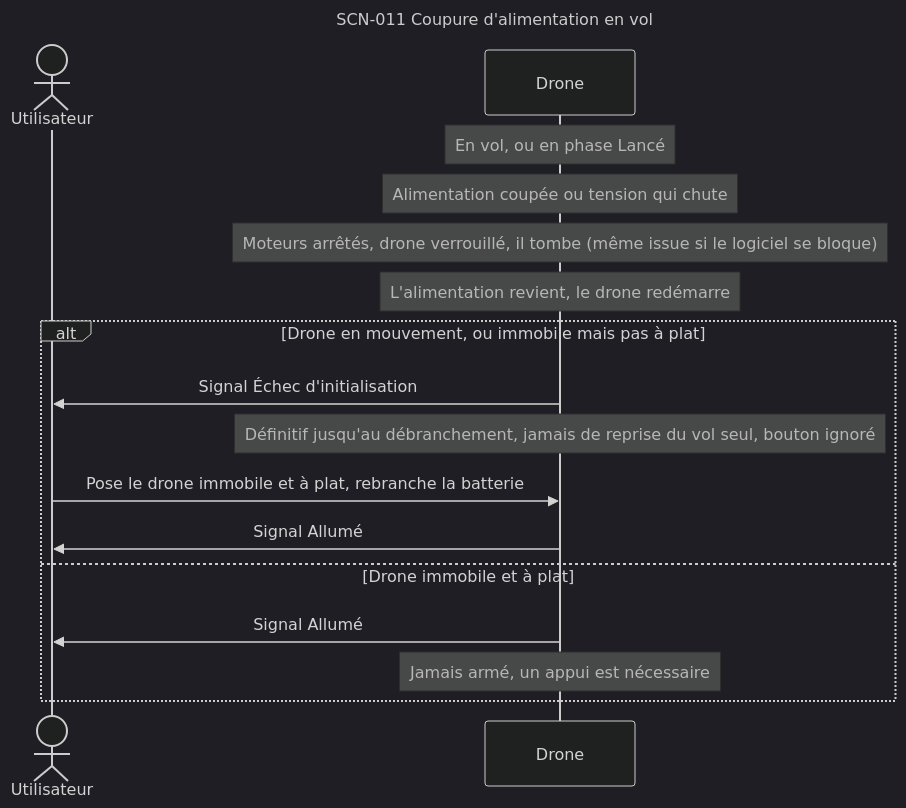
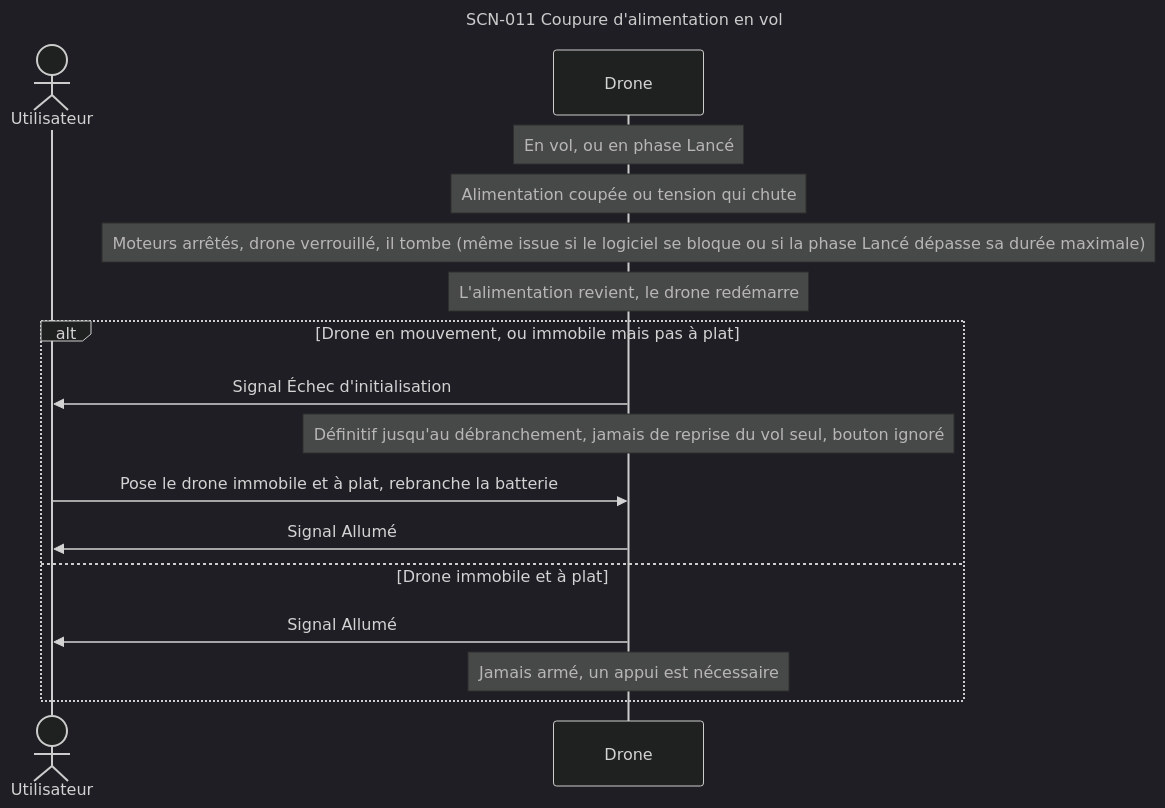
One commit to thourymatthieu-png/coworker_archi_system changed diagram 15 of 15 in projets/boomrone/00-scenarios.md. Above: the diagram before and after it, drawn with Mermaid (dark theme). The commit also changed other lines of this file and 6 other files, not shown here.

````diff
--- a/projets/boomrone/00-scenarios.md
+++ b/projets/boomrone/00-scenarios.md
@@ -747,21 +772,21 @@
 ```mermaid
 ---
 title: "SCN-011 Coupure d'alimentation en vol"
 ---
 sequenceDiagram
     actor U as Utilisateur
     participant D as Drone
     Note over D: En vol, ou en phase Lancé
     Note over D: Alimentation coupée ou tension qui chute
-    Note over D: Moteurs arrêtés, drone verrouillé, il tombe (même issue si le logiciel se bloque)
+    Note over D: Moteurs arrêtés, drone verrouillé, il tombe (même issue si le logiciel se bloque ou si la phase Lancé dépasse sa durée maximale)
     Note over D: L'alimentation revient, le drone redémarre
     alt Drone en mouvement, ou immobile mais pas à plat
         D->>U: Signal Échec d'initialisation
         Note over D: Définitif jusqu'au débranchement, jamais de reprise du vol seul, bouton ignoré
         U->>D: Pose le drone immobile et à plat, rebranche la batterie
         D->>U: Signal Allumé
     else Drone immobile et à plat
         D->>U: Signal Allumé
         Note over D: Jamais armé, un appui est nécessaire
     end
 ```
````
